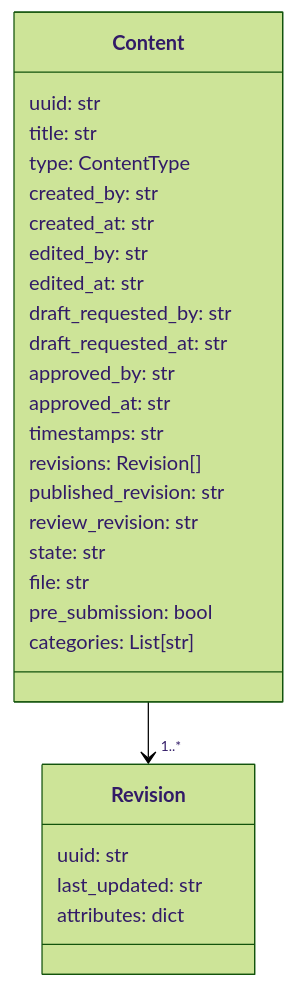
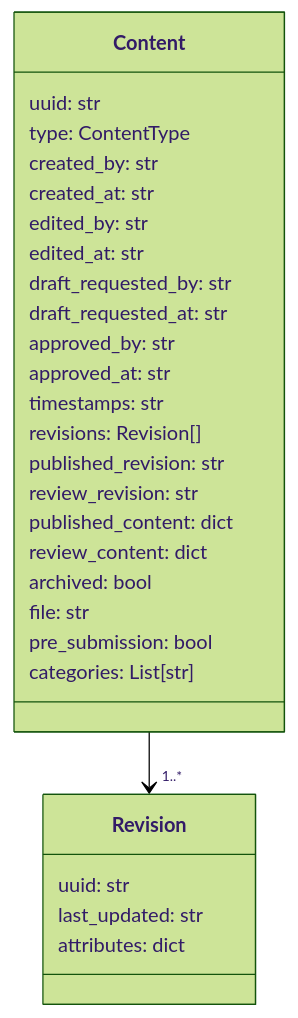
Before and after one commit to tng-coop/CmsWorkflow: the diagram in docs/DataStructure.md, drawn with Mermaid (forest theme). The commit also changed other lines of this file and 11 other files, not shown here.

Commit message:
Remove state field and add review/published content

````diff
--- a/docs/DataStructure.md
+++ b/docs/DataStructure.md
@@ -5,30 +5,31 @@
 ```mermaid
 classDiagram
     class Content {
         uuid: str
-        title: str
         type: ContentType
         created_by: str
         created_at: str
         edited_by: str
         edited_at: str
         draft_requested_by: str
         draft_requested_at: str
         approved_by: str
         approved_at: str
         timestamps: str
         revisions: Revision[]
         published_revision: str
         review_revision: str
-        state: str
+        published_content: dict
+        review_content: dict
+        archived: bool
         file: str
         pre_submission: bool
         categories: List[str]
     }
     class Revision {
         uuid: str
         last_updated: str
         attributes: dict
     }
     Content --> "1..*" Revision
 ```
````
